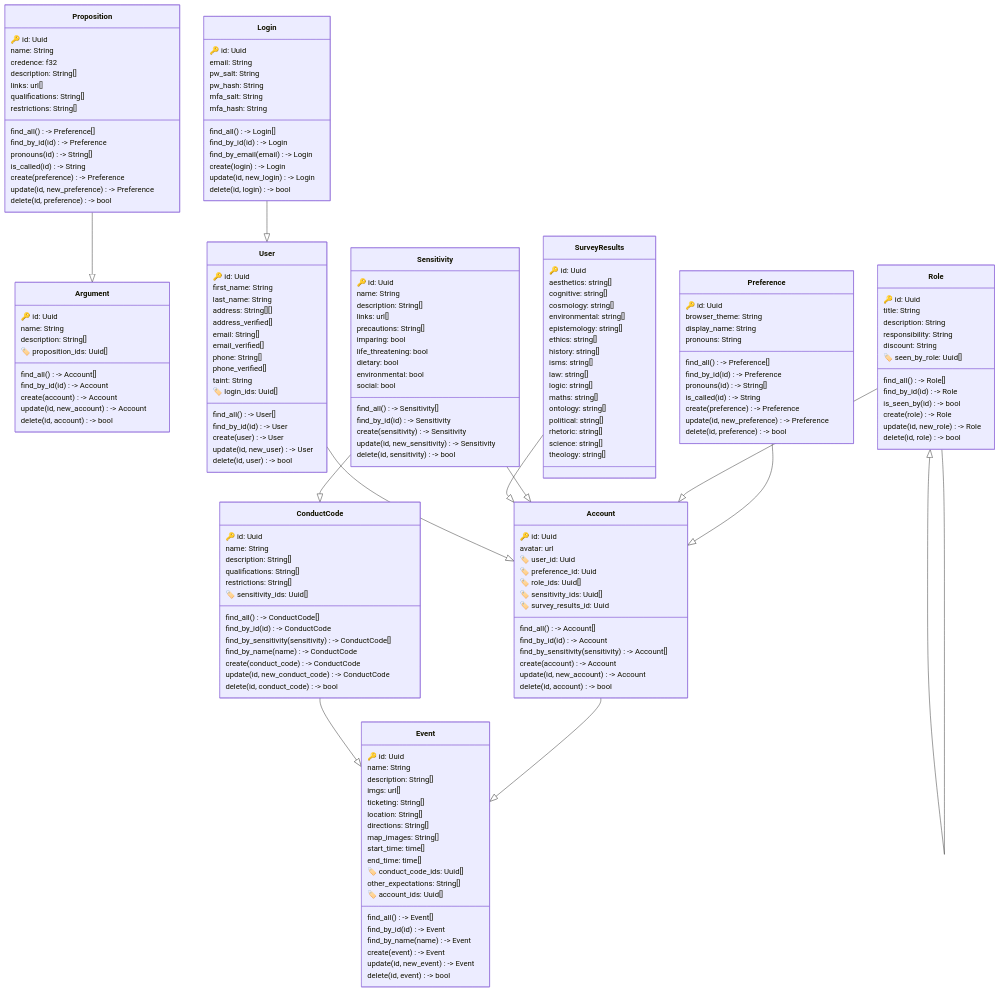
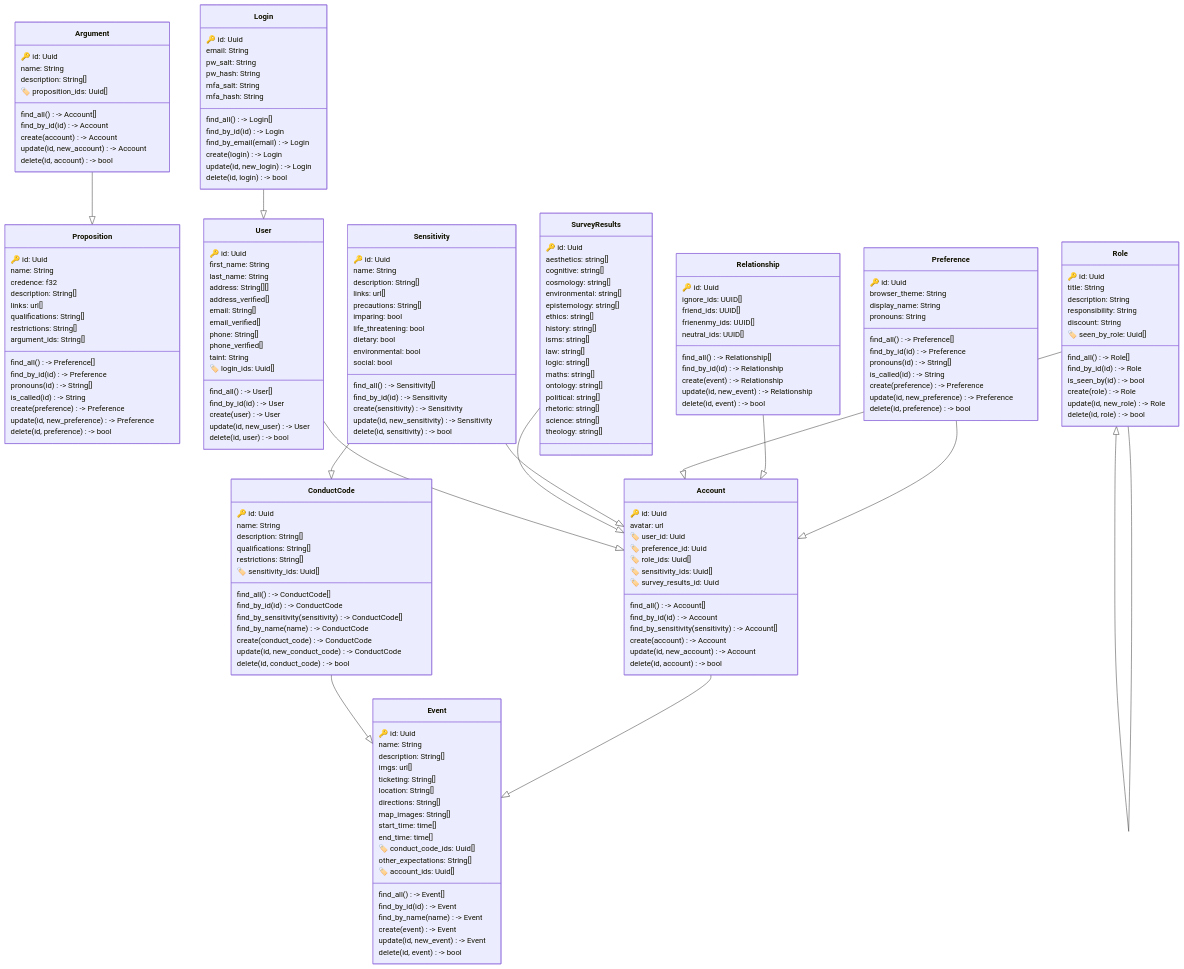
One commit to danielclough/wtf changed the diagram in SCHEMA.md. Above: the diagram before and after it, drawn with Mermaid. The commit also changed 31 other files, not shown here.

```diff
--- a/SCHEMA.md
+++ b/SCHEMA.md
@@ -32,6 +32,7 @@
         update(id, new_account) -> Account
         delete(id, account) -> bool
     }
+    Argument --|> Proposition
 
     class ConductCode{
         🔑 id: Uuid
@@ -111,6 +112,7 @@
         links: url[]
         qualifications: String[]
         restrictions: String[]
+        argument_ids: String[]
         find_all() -> Preference[]
         find_by_id(id) -> Preference
         pronouns(id) -> String[]
@@ -119,7 +121,20 @@
         update(id, new_preference) -> Preference
         delete(id, preference) -> bool
     }
-    Proposition --|> Argument
+
+    class Relationship{
+        🔑 id: Uuid
+        ignore_ids: UUID[]
+        friend_ids: UUID[]
+        frienenmy_ids: UUID[]
+        neutral_ids: UUID[]
+        find_all() -> Relationship[]
+        find_by_id(id) -> Relationship
+        create(event) -> Relationship
+        update(id, new_event) -> Relationship
+        delete(id, event) -> bool
+    }
+    Relationship --|> Account
 
     class Role{
         🔑 id: Uuid
```
